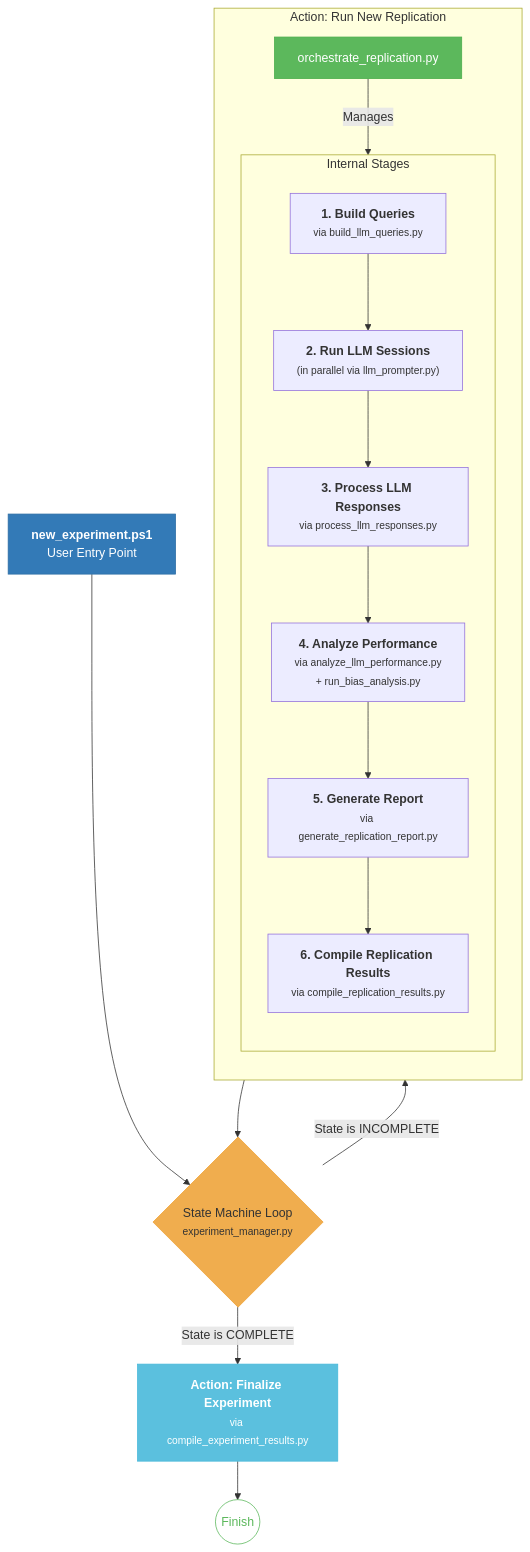
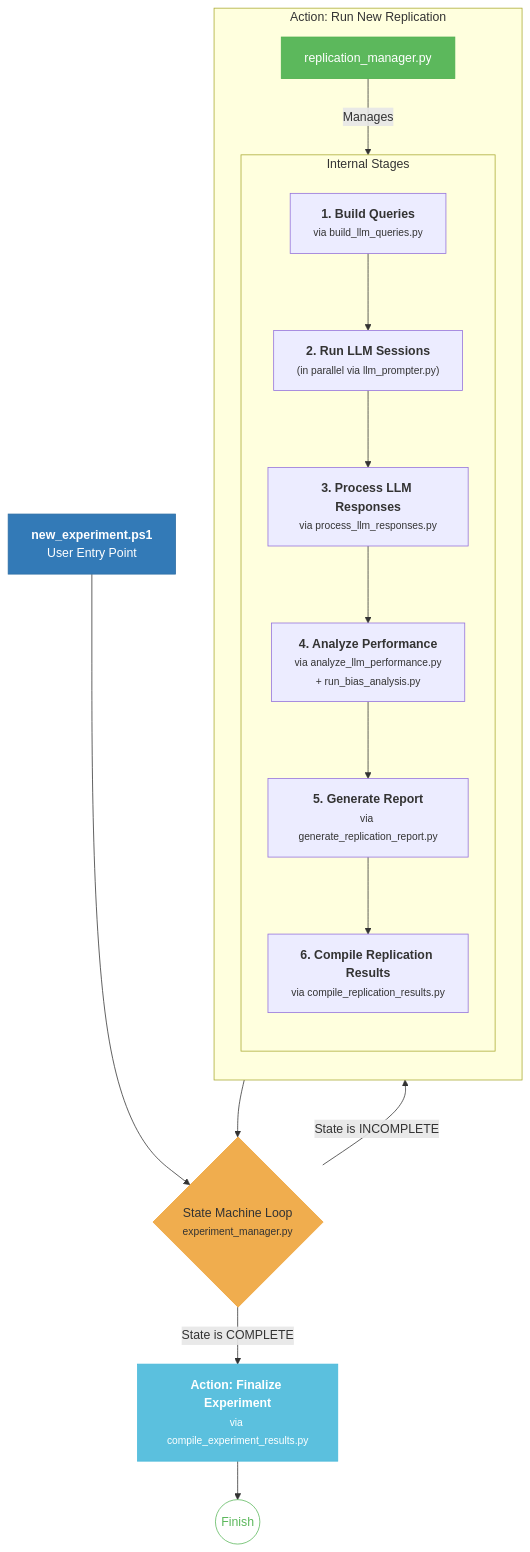
Before and after one commit to peterjmarko/llm-narrative-framework: the diagram in docs/diagrams/flow_main_1_new_experiment.mmd, drawn with Mermaid. The commit also changed 15 other files, not shown here.

```diff
--- a/docs/diagrams/flow_main_1_new_experiment.mmd
+++ b/docs/diagrams/flow_main_1_new_experiment.mmd
@@ -1,29 +1,29 @@
 graph TD
     A["<b>new_experiment.ps1</b><br>User Entry Point"]:::entry --> B{State Machine Loop<br><small>experiment_manager.py</small>}:::layer_orange;
     
     B -- "State is INCOMPLETE" --> C;
     C --> B;
     
     B -- "State is COMPLETE" --> F["<b>Action: Finalize Experiment</b><br><small>via compile_experiment_results.py</small>"]:::script;
     F --> G((Finish)):::finish_node;
 
     subgraph C [Action: Run New Replication]
         direction TB
-        Orchestrator["orchestrate_replication.py"]:::layer_green
+        Orchestrator["replication_manager.py"]:::layer_green
         subgraph InternalStages [Internal Stages]
             direction TB
             S1["<b>1. Build Queries</b><br><small>via build_llm_queries.py</small>"] --> S2;
             S2["<b>2. Run LLM Sessions</b><br><small>(in parallel via llm_prompter.py)</small>"] --> S3;
             S3["<b>3. Process LLM Responses</b><br><small>via process_llm_responses.py</small>"] --> S4;
             S4["<b>4. Analyze Performance</b><br><small>via analyze_llm_performance.py<br>+ run_bias_analysis.py</small>"] --> S5;
             S5["<b>5. Generate Report</b><br><small>via generate_replication_report.py</small>"] --> S6;
             S6["<b>6. Compile Replication Results</b><br><small>via compile_replication_results.py</small>"]
         end
         Orchestrator -- Manages --> InternalStages;
     end
     
     classDef entry fill:#337ab7,stroke:#2e6da4,color:#fff;
     classDef layer_orange fill:#f0ad4e,stroke:#eea236,color:#333;
     classDef layer_green fill:#5cb85c,stroke:#4cae4c,color:#fff;
     classDef script fill:#5bc0de,stroke:#46b8da,color:#fff;
     classDef finish_node fill:#fff,stroke:#5cb85c,color:#5cb85c;
```
